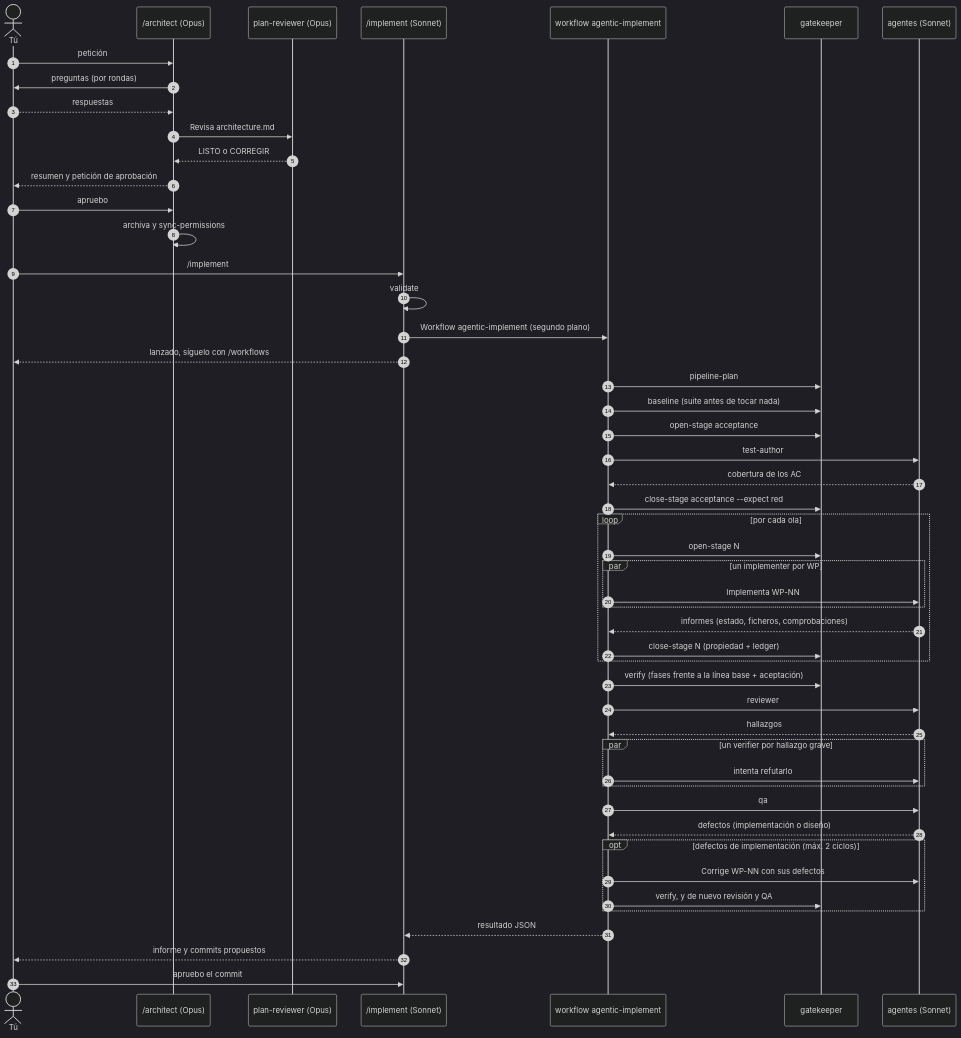
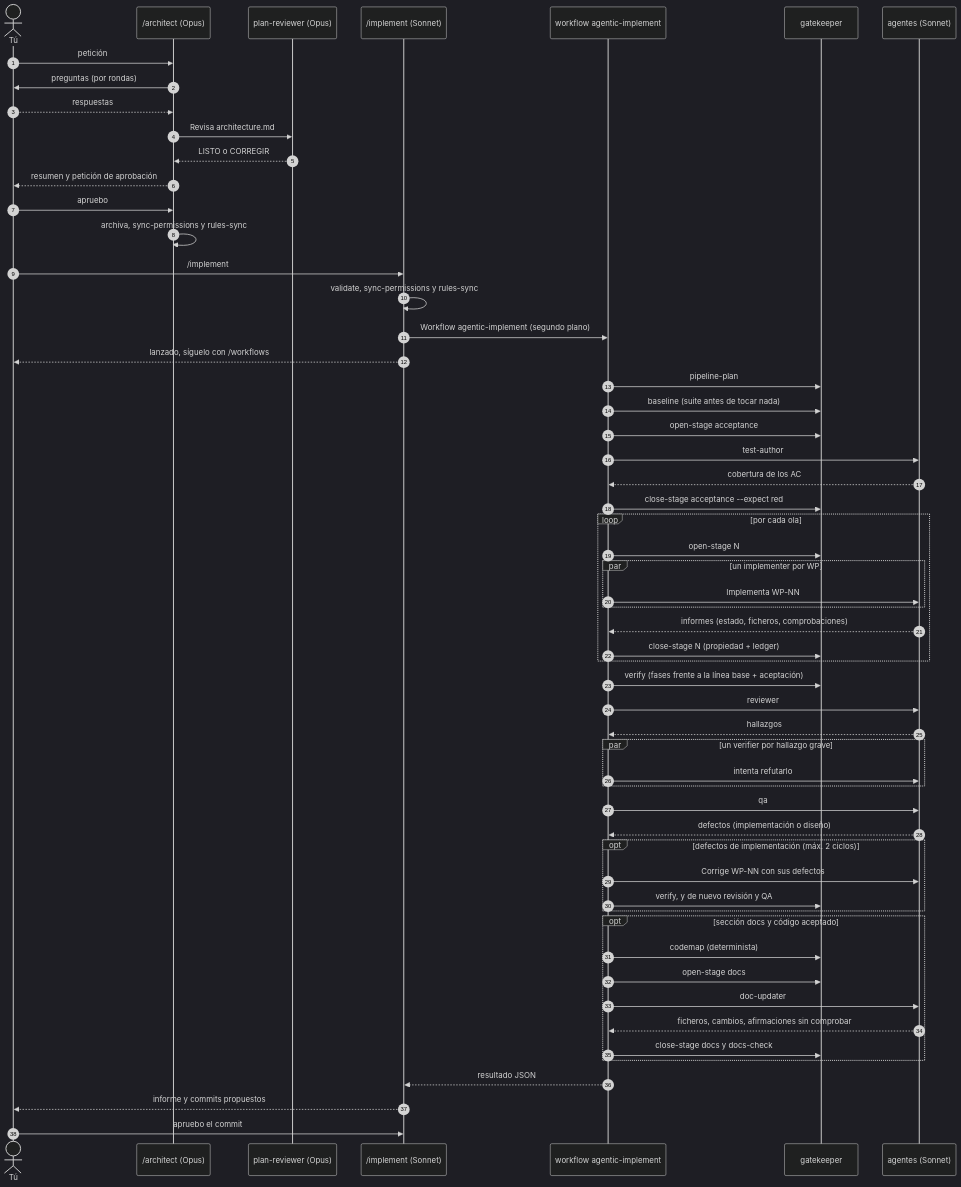
Before and after one commit to jagosar/agentic-flow: the second of 5 diagrams in docs/how-it-works.md, drawn with Mermaid (dark theme). The commit also changed other lines of this file and 36 other files, not shown here.

````diff
--- a/docs/how-it-works.md
+++ b/docs/how-it-works.md
@@ -70,54 +80,61 @@
 ```mermaid
 sequenceDiagram
     autonumber
     actor U as Tú
     participant AR as /architect (Opus)
     participant PR as plan-reviewer (Opus)
     participant O as /implement (Sonnet)
     participant W as workflow agentic-implement
     participant G as gatekeeper
     participant AG as agentes (Sonnet)
 
     U->>AR: petición
     AR->>U: preguntas (por rondas)
     U-->>AR: respuestas
     AR->>PR: Revisa architecture.md
     PR-->>AR: LISTO o CORREGIR
     AR-->>U: resumen y petición de aprobación
     U->>AR: apruebo
-    AR->>AR: archiva y sync-permissions
+    AR->>AR: archiva, sync-permissions y rules-sync
 
     U->>O: /implement
-    O->>O: validate
+    O->>O: validate, sync-permissions y rules-sync
     O->>W: Workflow agentic-implement (segundo plano)
     O-->>U: lanzado, síguelo con /workflows
     W->>G: pipeline-plan
     W->>G: baseline (suite antes de tocar nada)
     W->>G: open-stage acceptance
     W->>AG: test-author
     AG-->>W: cobertura de los AC
     W->>G: close-stage acceptance --expect red
     loop por cada ola
         W->>G: open-stage N
         par un implementer por WP
             W->>AG: Implementa WP-NN
         end
         AG-->>W: informes (estado, ficheros, comprobaciones)
         W->>G: close-stage N (propiedad + ledger)
     end
     W->>G: verify (fases frente a la línea base + aceptación)
     W->>AG: reviewer
     AG-->>W: hallazgos
     par un verifier por hallazgo grave
         W->>AG: intenta refutarlo
     end
     W->>AG: qa
     AG-->>W: defectos (implementación o diseño)
     opt defectos de implementación (máx. 2 ciclos)
         W->>AG: Corrige WP-NN con sus defectos
         W->>G: verify, y de nuevo revisión y QA
     end
+    opt sección docs y código aceptado
+        W->>G: codemap (determinista)
+        W->>G: open-stage docs
+        W->>AG: doc-updater
+        AG-->>W: ficheros, cambios, afirmaciones sin comprobar
+        W->>G: close-stage docs y docs-check
+    end
     W-->>O: resultado JSON
     O-->>U: informe y commits propuestos
     U->>O: apruebo el commit
 ```
````
